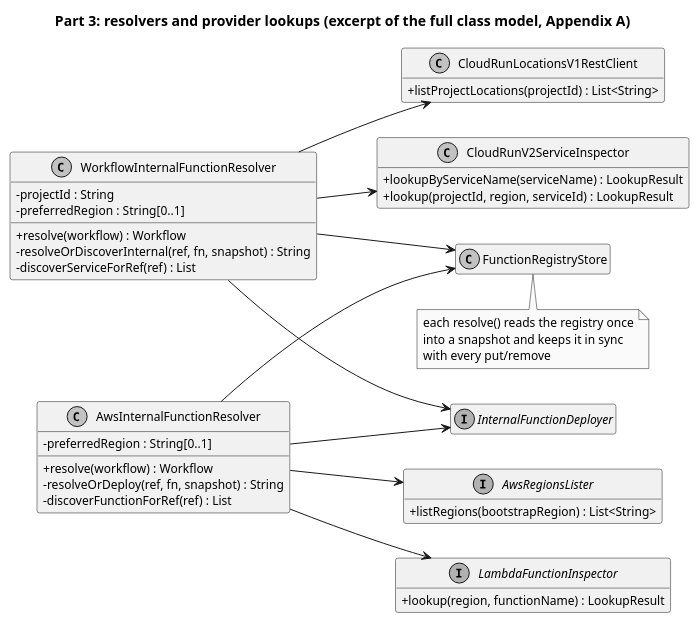
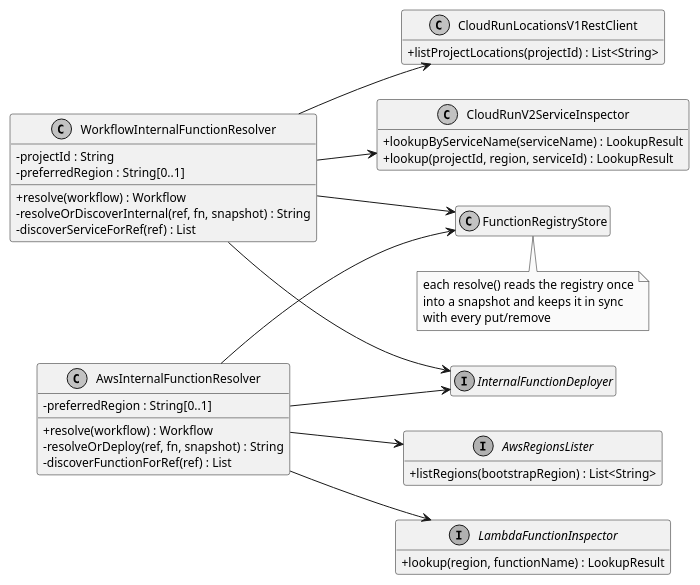
The diagram in diagrams/omniflow-classes-resolvers.puml (EngenheiroPedroCarvalho/ISEL-Thesis-2526), drawn with PlantUML before and after one commit. The commit also changed 52 other files, not shown here.

First line of the commit message:
Drop diagram titles and use "deployment" in the Resumo

```diff
--- a/diagrams/omniflow-classes-resolvers.puml
+++ b/diagrams/omniflow-classes-resolvers.puml
@@ -1,55 +1,54 @@
 @startuml omniflow-classes-resolvers
 skinparam monochrome true
 skinparam shadowing false
 skinparam classAttributeIconSize 0
 skinparam defaultFontSize 12
 hide empty members
-title Part 3: resolvers and provider lookups (excerpt of the full class model, Appendix A)
 left to right direction
 
 class WorkflowInternalFunctionResolver {
   -projectId : String
   -preferredRegion : String[0..1]
   +resolve(workflow) : Workflow
   -resolveOrDiscoverInternal(ref, fn, snapshot) : String
   -discoverServiceForRef(ref) : List
 }
 
 class AwsInternalFunctionResolver {
   -preferredRegion : String[0..1]
   +resolve(workflow) : Workflow
   -resolveOrDeploy(ref, fn, snapshot) : String
   -discoverFunctionForRef(ref) : List
 }
 
 class CloudRunV2ServiceInspector {
   +lookupByServiceName(serviceName) : LookupResult
   +lookup(projectId, region, serviceId) : LookupResult
 }
 class CloudRunLocationsV1RestClient {
   +listProjectLocations(projectId) : List<String>
 }
 interface LambdaFunctionInspector {
   +lookup(region, functionName) : LookupResult
 }
 interface AwsRegionsLister {
   +listRegions(bootstrapRegion) : List<String>
 }
 class FunctionRegistryStore
 interface InternalFunctionDeployer
 
 WorkflowInternalFunctionResolver --> CloudRunV2ServiceInspector
 WorkflowInternalFunctionResolver --> CloudRunLocationsV1RestClient
 AwsInternalFunctionResolver --> LambdaFunctionInspector
 AwsInternalFunctionResolver --> AwsRegionsLister
 WorkflowInternalFunctionResolver --> FunctionRegistryStore
 AwsInternalFunctionResolver --> FunctionRegistryStore
 WorkflowInternalFunctionResolver --> InternalFunctionDeployer
 AwsInternalFunctionResolver --> InternalFunctionDeployer
 
 note bottom of FunctionRegistryStore
   each resolve() reads the registry once
   into a snapshot and keeps it in sync
   with every put/remove
 end note
 @enduml
```
